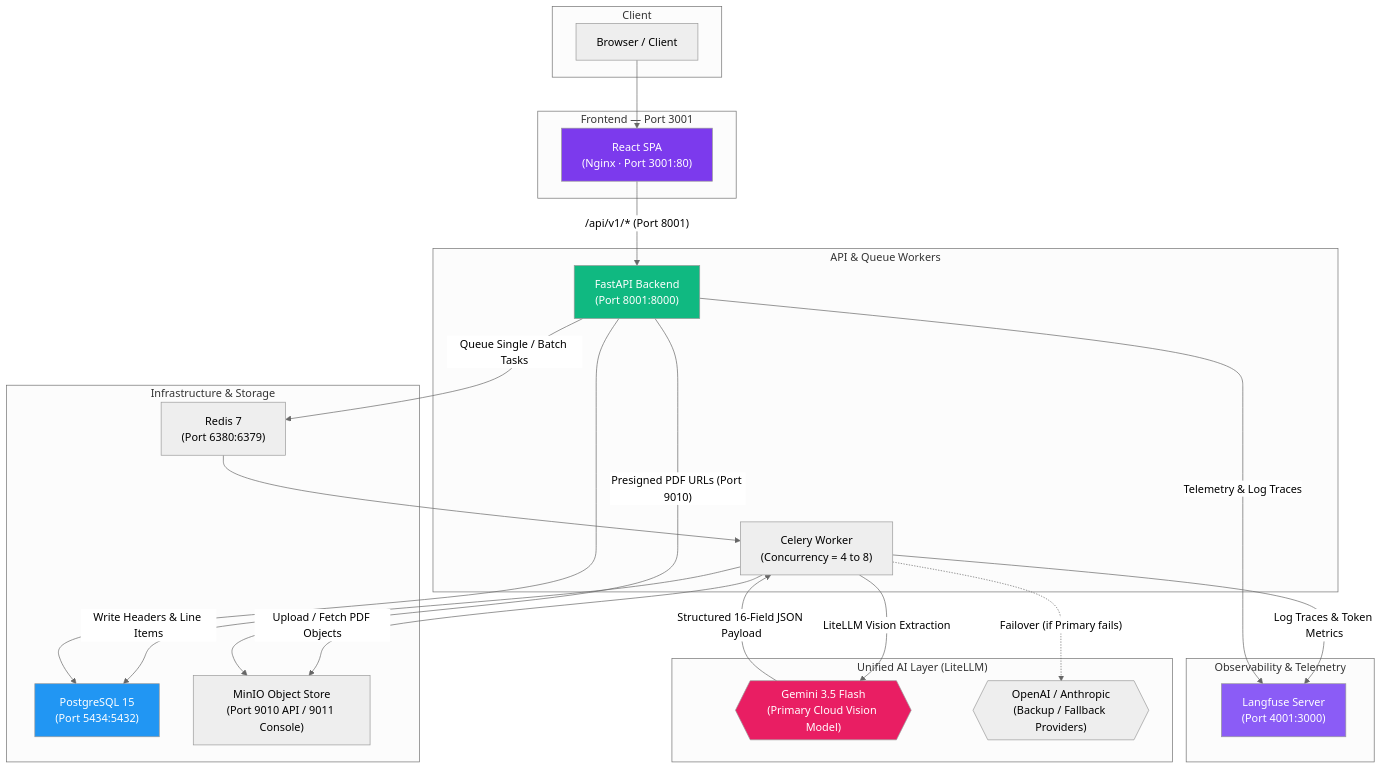
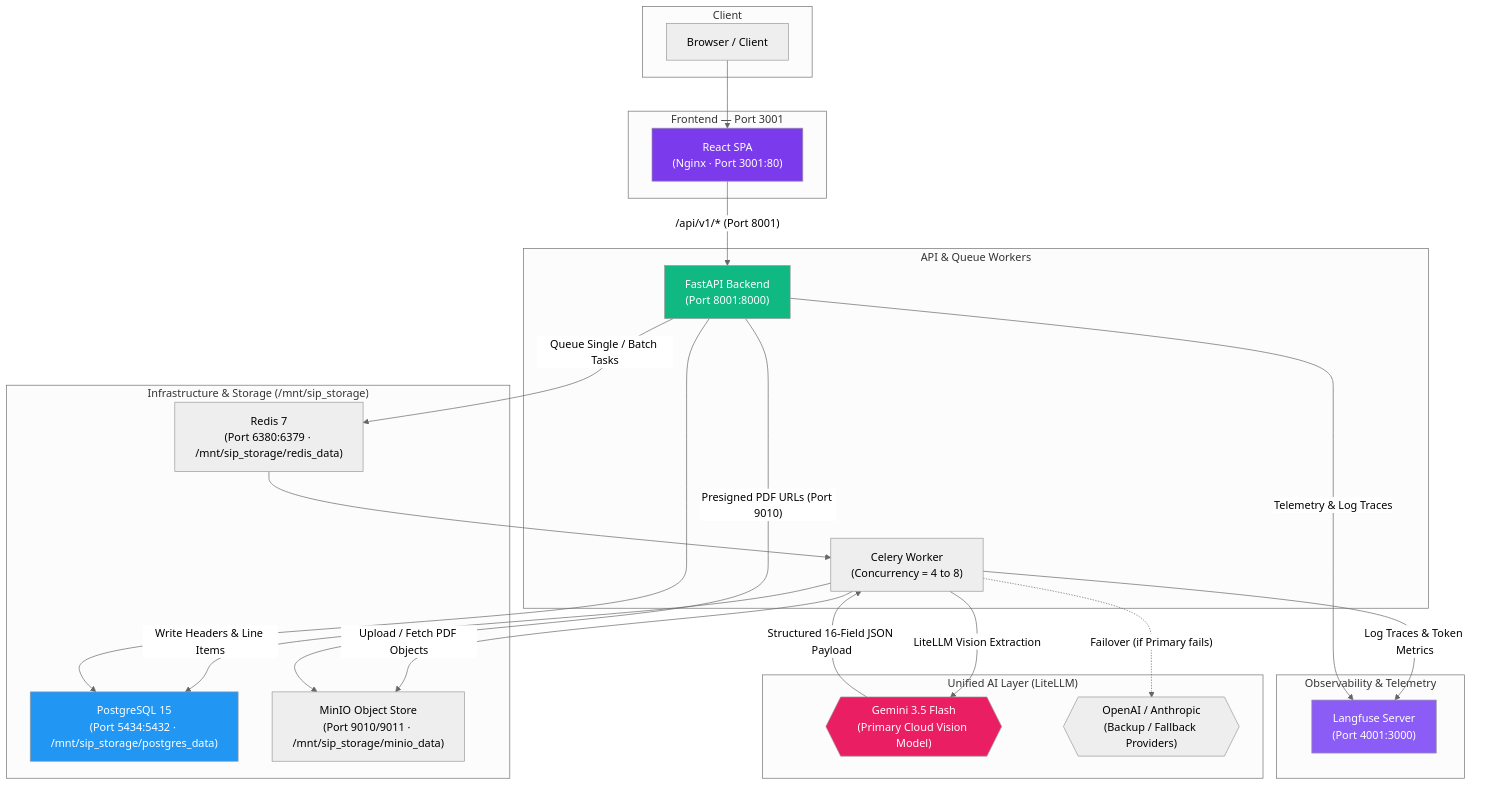
The diagram in Final_Smart_Invoice_Processor_Production_Deployment_Guide.md (kamipakistan/Smart-Invoice-Processor), drawn with Mermaid (neutral theme) before and after one commit. The commit also changed other lines of this file and 1 other file, not shown here.

Commit message:
add SIP persistent storage

````diff
--- a/Final_Smart_Invoice_Processor_Production_Deployment_Guide.md
+++ b/Final_Smart_Invoice_Processor_Production_Deployment_Guide.md
@@ -66,49 +62,49 @@
 ```mermaid
 graph TD
     subgraph "Client"
         U["Browser / Client"]
     end
 
     subgraph "Frontend — Port 3001"
         F["React SPA<br>(Nginx · Port 3001:80)"]
     end
 
     subgraph "API & Queue Workers"
         API["FastAPI Backend<br>(Port 8001:8000)"]
         C["Celery Worker<br>(Concurrency = 4 to 8)"]
     end
 
     subgraph "Observability & Telemetry"
         LF["Langfuse Server<br>(Port 4001:3000)"]
     end
 
-    subgraph "Infrastructure & Storage"
-        PG["PostgreSQL 15<br>(Port 5434:5432)"]
-        RD["Redis 7<br>(Port 6380:6379)"]
-        MN["MinIO Object Store<br>(Port 9010 API / 9011 Console)"]
+    subgraph "Infrastructure & Storage (/mnt/sip_storage)"
+        PG["PostgreSQL 15<br>(Port 5434:5432 · /mnt/sip_storage/postgres_data)"]
+        RD["Redis 7<br>(Port 6380:6379 · /mnt/sip_storage/redis_data)"]
+        MN["MinIO Object Store<br>(Port 9010/9011 · /mnt/sip_storage/minio_data)"]
     end
 
     subgraph "Unified AI Layer (LiteLLM)"
         GM{{"Gemini 3.5 Flash<br>(Primary Cloud Vision Model)"}}
         OAI{{"OpenAI / Anthropic<br>(Backup / Fallback Providers)"}}
     end
 
     U --> F
     F -->|"/api/v1/* (Port 8001)"| API
     API -->|"Queue Single / Batch Tasks"| RD --> C
     C -->|"Upload / Fetch PDF Objects"| MN
     C -->|"LiteLLM Vision Extraction"| GM
     C -.->|"Failover (if Primary fails)"| OAI
     GM -->|"Structured 16-Field JSON Payload"| C
     C -->|"Log Traces & Token Metrics"| LF
     API -->|"Telemetry & Log Traces"| LF
     C -->|"Write Headers & Line Items"| PG
     API --> PG
     API -->|"Presigned PDF URLs (Port 9010)"| MN
 
     style GM fill:#E91E63,color:#fff
     style LF fill:#8B5CF6,color:#fff
     style F fill:#7C3AED,color:#fff
     style PG fill:#2196F3,color:#fff
     style API fill:#10b981,color:#fff
 ```
````
